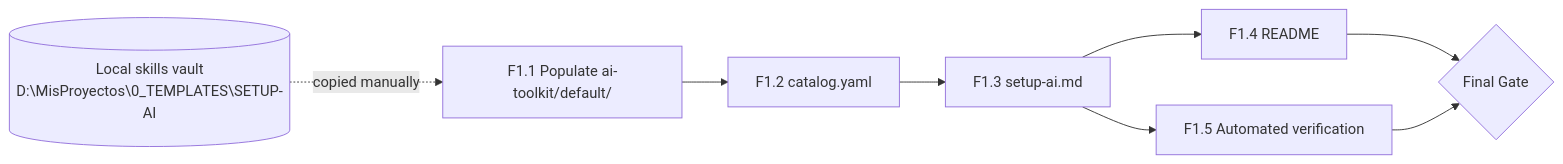
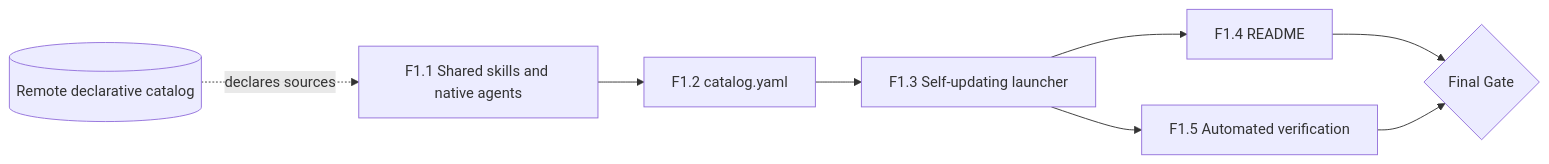
The second of 2 diagrams in specs/roadmap.md (charlstown/my-aisy-toolkit), drawn with Mermaid before and after one commit. The commit also changed other lines of this file and 12 other files, not shown here.

````diff
--- a/specs/roadmap.md
+++ b/specs/roadmap.md
@@ -52,10 +52,10 @@
 ```mermaid
 flowchart LR
-    VAULT[(Local skills vault<br/>D:\MisProyectos\0_TEMPLATES\SETUP-AI)] -.copied manually.-> F1[F1.1 Populate ai-toolkit/default/]
+    CATALOG[(Remote declarative catalog)] -.declares sources.-> F1[F1.1 Shared skills and native agents]
     F1 --> F2[F1.2 catalog.yaml]
-    F2 --> F3[F1.3 setup-ai.md]
+    F2 --> F3[F1.3 Self-updating launcher]
     F3 --> F4[F1.4 README]
     F3 --> F5[F1.5 Automated verification]
     F4 --> GATE{Final Gate}
     F5 --> GATE
 ```
````
